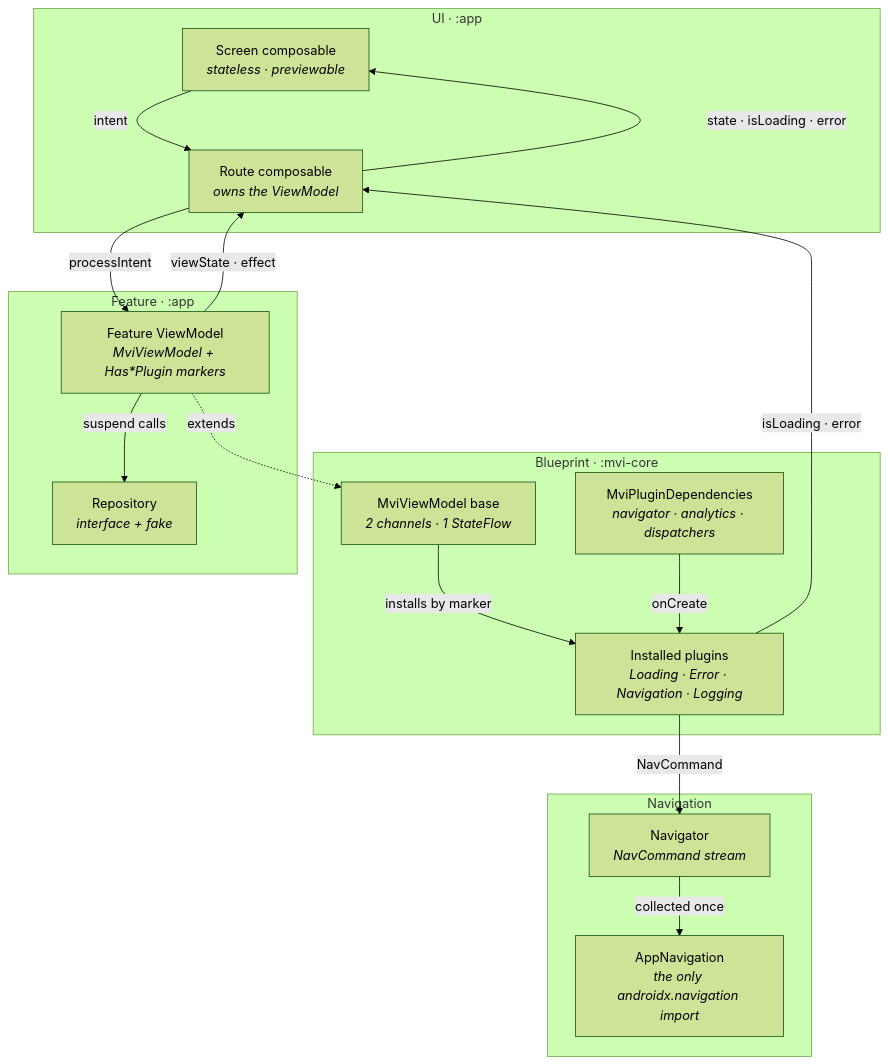
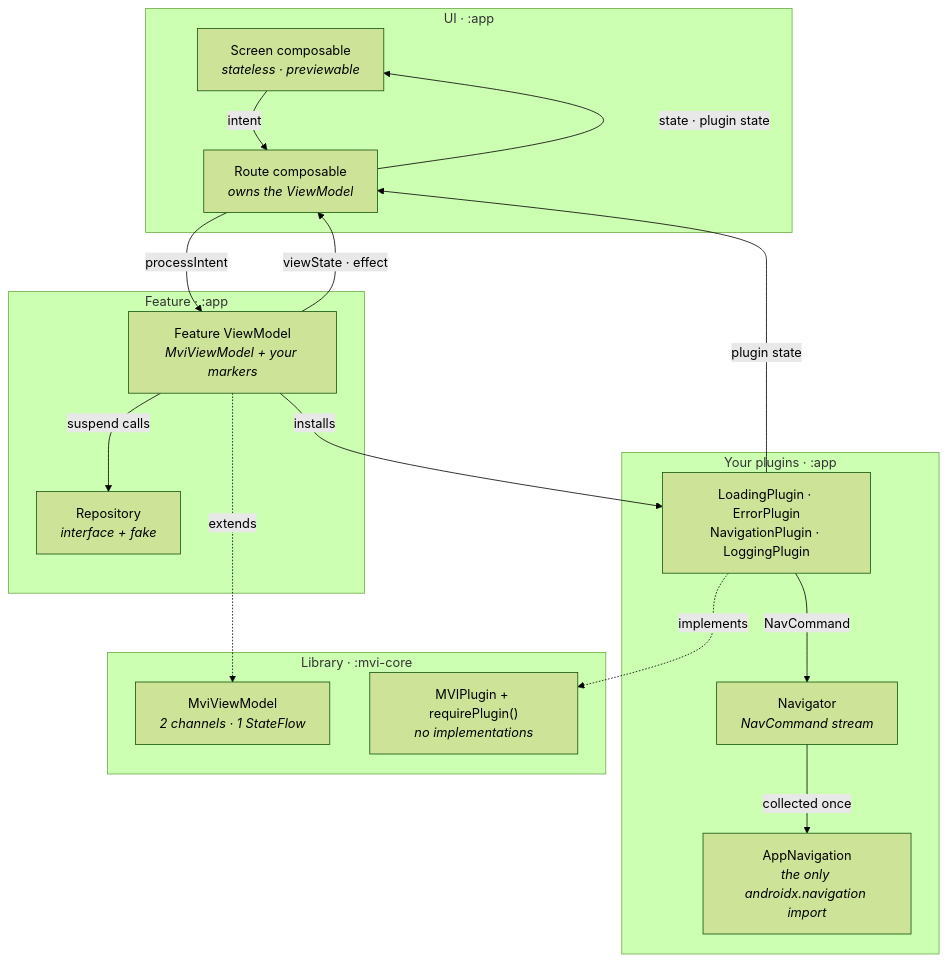
Before and after one commit to Alinasser96/MVIdelg: the third of 4 diagrams in README.md, drawn with Mermaid (forest theme). The commit also changed other lines of this file and 32 other files, not shown here.

````diff
--- a/README.md
+++ b/README.md
@@ -309,35 +304,35 @@
 ```mermaid
 flowchart TB
     subgraph L1["UI · :app"]
         SCR["Screen composable<br/><i>stateless · previewable</i>"]
         RTE["Route composable<br/><i>owns the ViewModel</i>"]
     end
 
     subgraph L2["Feature · :app"]
-        FVM["Feature ViewModel<br/><i>MviViewModel + Has*Plugin markers</i>"]
+        FVM["Feature ViewModel<br/><i>MviViewModel + your markers</i>"]
         REPO["Repository<br/><i>interface + fake</i>"]
     end
 
-    subgraph L3["Blueprint · :mvi-core"]
-        BASE["MviViewModel base<br/><i>2 channels · 1 StateFlow</i>"]
-        PLUG["Installed plugins<br/><i>Loading · Error · Navigation · Logging</i>"]
-        DEPS["MviPluginDependencies<br/><i>navigator · analytics · dispatchers</i>"]
-    end
-
-    subgraph L4["Navigation"]
+    subgraph L3["Your plugins · :app"]
+        PLUG["LoadingPlugin · ErrorPlugin<br/>NavigationPlugin · LoggingPlugin"]
         NAVR["Navigator<br/><i>NavCommand stream</i>"]
         HOST["AppNavigation<br/><i>the only androidx.navigation import</i>"]
     end
 
+    subgraph L4["Library · :mvi-core"]
+        BASE["MviViewModel<br/><i>2 channels · 1 StateFlow</i>"]
+        IFACE["MVIPlugin + requirePlugin()<br/><i>no implementations</i>"]
+    end
+
     SCR -->|"intent"| RTE
-    RTE -->|"state · isLoading · error"| SCR
+    RTE -->|"state · plugin state"| SCR
     RTE -->|"processIntent"| FVM
     FVM -->|"viewState · effect"| RTE
     FVM -->|"suspend calls"| REPO
-    FVM -.->|"extends"| BASE
-    DEPS -->|"onCreate"| PLUG
-    BASE -->|"installs by marker"| PLUG
-    PLUG -->|"isLoading · error"| RTE
+    FVM -->|"installs"| PLUG
+    PLUG -->|"plugin state"| RTE
     PLUG -->|"NavCommand"| NAVR
     NAVR -->|"collected once"| HOST
+    FVM -.->|"extends"| BASE
+    PLUG -.->|"implements"| IFACE
 ```
````
